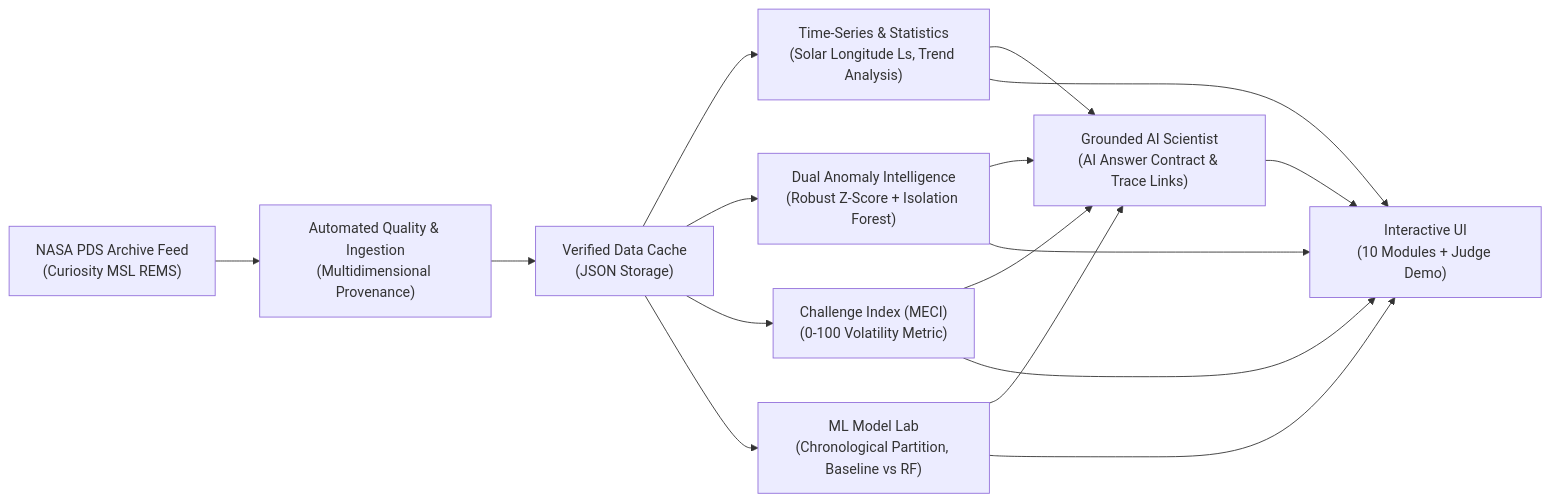
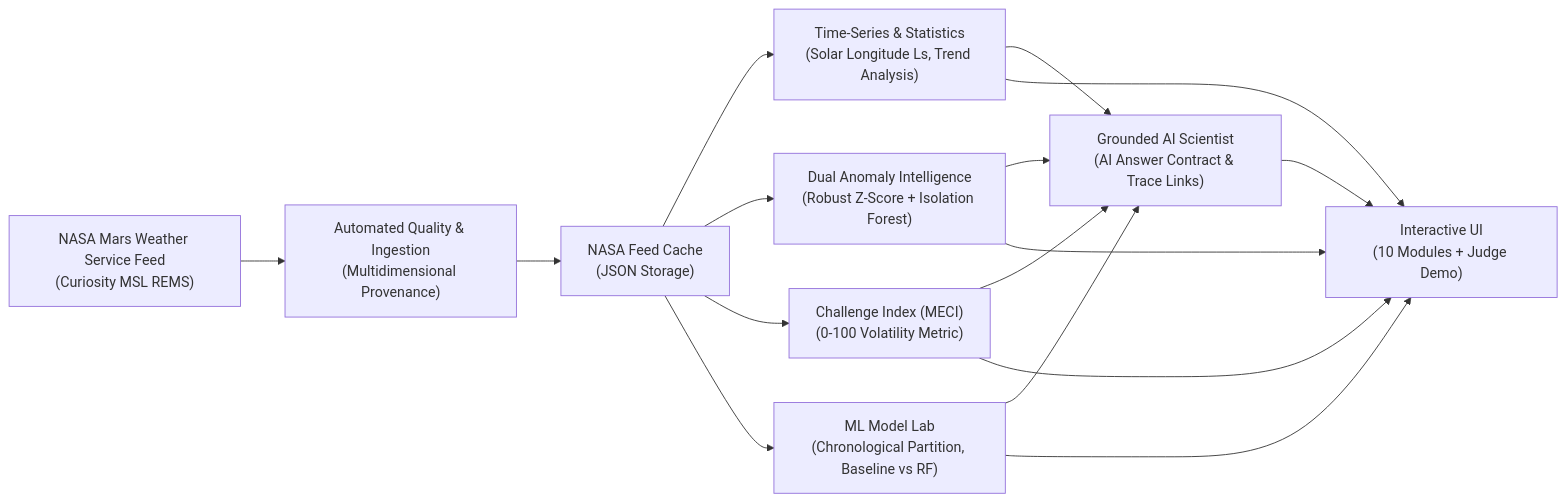
Before and after one commit to ryan320-cyber/mars-mission-intelligence: the diagram in README.md, drawn with Mermaid. The commit also changed other lines of this file and 27 other files, not shown here.

````diff
--- a/README.md
+++ b/README.md
@@ -62,11 +62,11 @@
 ```mermaid
 flowchart LR
-    PDS["NASA PDS Archive Feed<br/>(Curiosity MSL REMS)"] --> Ingestion["Automated Quality & Ingestion<br/>(Multidimensional Provenance)"]
-    Ingestion --> Storage["Verified Data Cache<br/>(JSON Storage)"]
+    Feed["NASA Mars Weather Service Feed<br/>(Curiosity MSL REMS)"] --> Ingestion["Automated Quality & Ingestion<br/>(Multidimensional Provenance)"]
+    Ingestion --> Storage["NASA Feed Cache<br/>(JSON Storage)"]
     Storage --> Analytics["Time-Series & Statistics<br/>(Solar Longitude Ls, Trend Analysis)"]
     Storage --> Anomaly["Dual Anomaly Intelligence<br/>(Robust Z-Score + Isolation Forest)"]
     Storage --> MECI["Challenge Index (MECI)<br/>(0-100 Volatility Metric)"]
     Storage --> ML["ML Model Lab<br/>(Chronological Partition, Baseline vs RF)"]
     Analytics & Anomaly & MECI & ML --> AI["Grounded AI Scientist<br/>(AI Answer Contract & Trace Links)"]
     AI & Analytics & Anomaly & MECI & ML --> UI["Interactive UI<br/>(10 Modules + Judge Demo)"]
 ```
````
